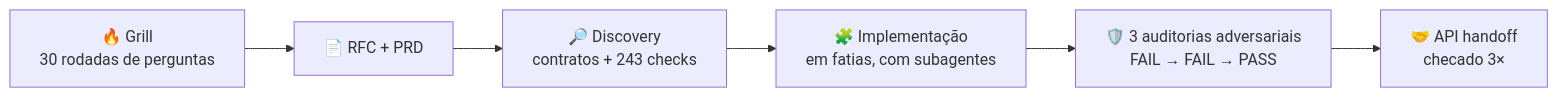
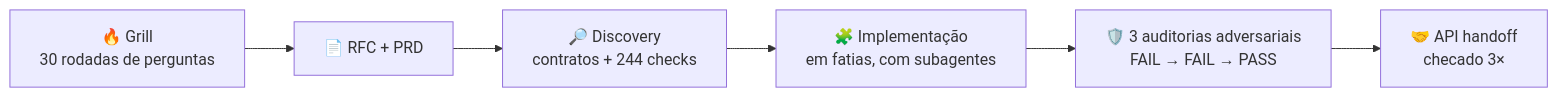
One commit to micaelcf/parcela-mais-case changed the fifth of 6 diagrams in README.md. Above: the diagram before and after it, drawn with Mermaid. The commit also changed other lines of this file and 7 other files, not shown here.

````diff
--- a/README.md
+++ b/README.md
@@ -169,8 +169,8 @@
 ```mermaid
 flowchart LR
     G["🔥 Grill<br/>30 rodadas de perguntas"] --> D["📄 RFC + PRD"]
-    D --> C["🔎 Discovery<br/>contratos + 243 checks"]
+    D --> C["🔎 Discovery<br/>contratos + 244 checks"]
     C --> S["🧩 Implementação<br/>em fatias, com subagentes"]
     S --> A["🛡️ 3 auditorias adversariais<br/>FAIL → FAIL → PASS"]
     A --> H["🤝 API handoff<br/>checado 3×"]
 ```
````
